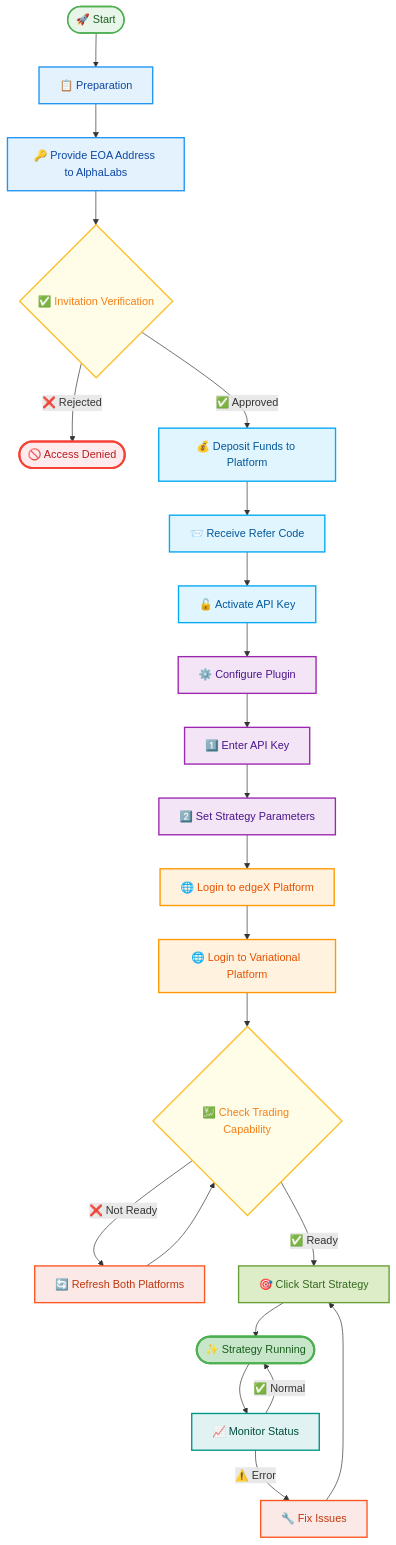
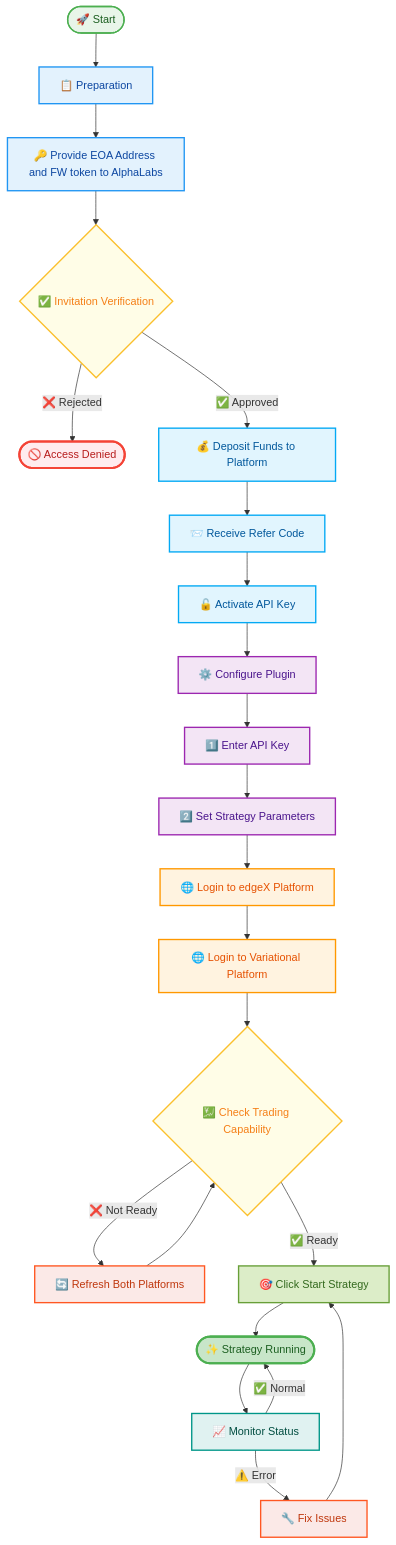
One commit to AlphaAILabs/perp-plugin-strategy-001 changed the diagram in plugin-configuration-flowchart-EN.md. Above: the diagram before and after it, drawn with Mermaid. The commit also changed 3 other files, not shown here.

````diff
--- a/plugin-configuration-flowchart-EN.md
+++ b/plugin-configuration-flowchart-EN.md
@@ -7,42 +7,42 @@
 ```mermaid
 flowchart TD
     Start([🚀 Start]):::startClass --> Prepare[📋 Preparation]:::prepClass
-    Prepare --> EOA[🔑 Provide EOA Address to AlphaLabs]:::prepClass
+    Prepare --> EOA[🔑 Provide EOA Address and FW token to AlphaLabs]:::prepClass
     
     EOA --> Verify{✅ Invitation Verification}:::decisionClass
     Verify -->|❌ Rejected| Denied([🚫 Access Denied]):::errorClass
     Verify -->|✅ Approved| Deposit[💰 Deposit Funds to Platform]:::actionClass
     
     Deposit --> GetKey[📨 Receive Refer Code]:::actionClass
     GetKey --> Activate[🔓 Activate API Key]:::actionClass
     
     Activate --> Config[⚙️ Configure Plugin]:::configClass
     Config --> ConfigAPI[1️⃣ Enter API Key]:::configClass
     ConfigAPI --> ConfigParam[2️⃣ Set Strategy Parameters]:::configClass
     
     ConfigParam --> LoginEdge[🌐 Login to edgeX Platform]:::platformClass
     LoginEdge --> LoginVar[🌐 Login to Variational Platform]:::platformClass
     
     LoginVar --> CheckTrade{💹 Check Trading Capability}:::decisionClass
     CheckTrade -->|❌ Not Ready| Refresh[🔄 Refresh Both Platforms]:::warningClass
     Refresh --> CheckTrade
     CheckTrade -->|✅ Ready| Launch[🎯 Click Start Strategy]:::launchClass
     
     Launch --> Running([✨ Strategy Running]):::successClass
     Running --> Monitor[📈 Monitor Status]:::monitorClass
     Monitor -->|⚠️ Error| Fix[🔧 Fix Issues]:::warningClass
     Fix --> Launch
     Monitor -->|✅ Normal| Running
     
     classDef startClass fill:#E8F5E9,stroke:#4CAF50,stroke-width:2px,color:#1B5E20
     classDef prepClass fill:#E3F2FD,stroke:#2196F3,stroke-width:2px,color:#0D47A1
     classDef actionClass fill:#E1F5FE,stroke:#03A9F4,stroke-width:2px,color:#01579B
     classDef configClass fill:#F3E5F5,stroke:#9C27B0,stroke-width:2px,color:#4A148C
     classDef platformClass fill:#FFF3E0,stroke:#FF9800,stroke-width:2px,color:#E65100
     classDef decisionClass fill:#FFFDE7,stroke:#FBC02D,stroke-width:2px,color:#F57F17
     classDef launchClass fill:#DCEDC8,stroke:#689F38,stroke-width:2px,color:#33691E
     classDef successClass fill:#C8E6C9,stroke:#4CAF50,stroke-width:3px,color:#1B5E20
     classDef monitorClass fill:#E0F2F1,stroke:#009688,stroke-width:2px,color:#004D40
     classDef warningClass fill:#FBE9E7,stroke:#FF5722,stroke-width:2px,color:#BF360C
     classDef errorClass fill:#FFEBEE,stroke:#F44336,stroke-width:3px,color:#B71C1C
 ```
````
